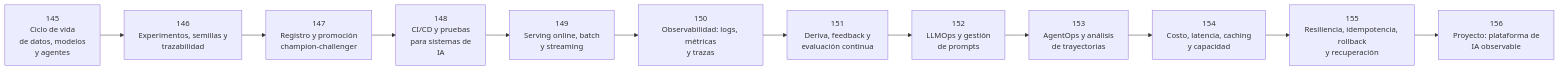
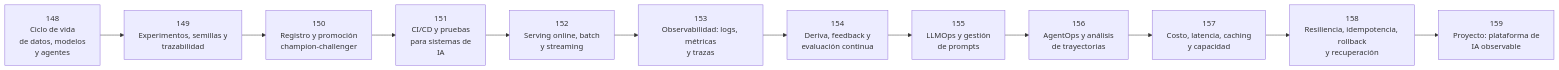
Before and after one commit to vladimiracunadev-create/artificial-intelligence-evolution-program: the diagram in classes/part-12-ai-engineering-mlops-llmops-and-agentops/README.md, drawn with Mermaid. The commit also changed other lines of this file and 1522 other files, not shown here.

````diff
--- a/classes/part-12-ai-engineering-mlops-llmops-and-agentops/README.md
+++ b/classes/part-12-ai-engineering-mlops-llmops-and-agentops/README.md
@@ -11,26 +11,26 @@
 ```mermaid
 flowchart LR
-    L145["145<br/>Ciclo de vida<br/>de datos, modelos<br/>y agentes"]
-    L146["146<br/>Experimentos, semillas y<br/>trazabilidad"]
-    L147["147<br/>Registro y promoción<br/>champion-challenger"]
-    L148["148<br/>CI/CD y pruebas<br/>para sistemas de<br/>IA"]
-    L149["149<br/>Serving online, batch<br/>y streaming"]
-    L150["150<br/>Observabilidad: logs, métricas<br/>y trazas"]
-    L151["151<br/>Deriva, feedback y<br/>evaluación continua"]
-    L152["152<br/>LLMOps y gestión<br/>de prompts"]
-    L153["153<br/>AgentOps y análisis<br/>de trayectorias"]
-    L154["154<br/>Costo, latencia, caching<br/>y capacidad"]
-    L155["155<br/>Resiliencia, idempotencia, rollback<br/>y recuperación"]
-    L156["156<br/>Proyecto: plataforma de<br/>IA observable"]
-    L145 --> L146
-    L146 --> L147
-    L147 --> L148
+    L148["148<br/>Ciclo de vida<br/>de datos, modelos<br/>y agentes"]
+    L149["149<br/>Experimentos, semillas y<br/>trazabilidad"]
+    L150["150<br/>Registro y promoción<br/>champion-challenger"]
+    L151["151<br/>CI/CD y pruebas<br/>para sistemas de<br/>IA"]
+    L152["152<br/>Serving online, batch<br/>y streaming"]
+    L153["153<br/>Observabilidad: logs, métricas<br/>y trazas"]
+    L154["154<br/>Deriva, feedback y<br/>evaluación continua"]
+    L155["155<br/>LLMOps y gestión<br/>de prompts"]
+    L156["156<br/>AgentOps y análisis<br/>de trayectorias"]
+    L157["157<br/>Costo, latencia, caching<br/>y capacidad"]
+    L158["158<br/>Resiliencia, idempotencia, rollback<br/>y recuperación"]
+    L159["159<br/>Proyecto: plataforma de<br/>IA observable"]
     L148 --> L149
     L149 --> L150
     L150 --> L151
     L151 --> L152
     L152 --> L153
     L153 --> L154
     L154 --> L155
     L155 --> L156
+    L156 --> L157
+    L157 --> L158
+    L158 --> L159
 ```
````
